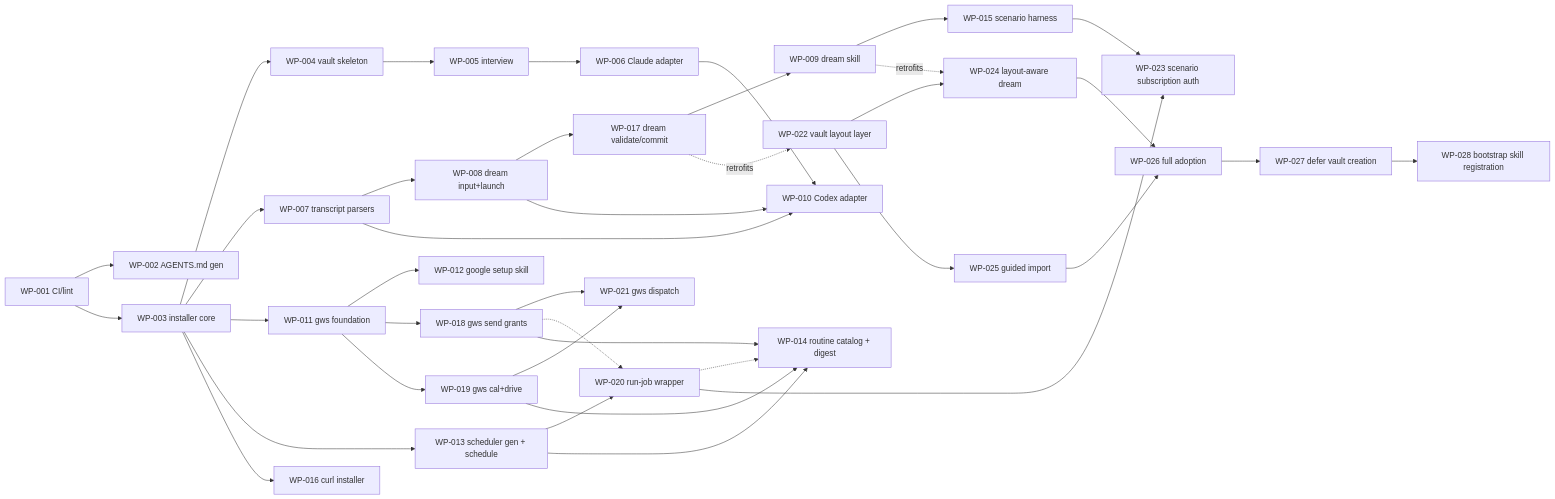
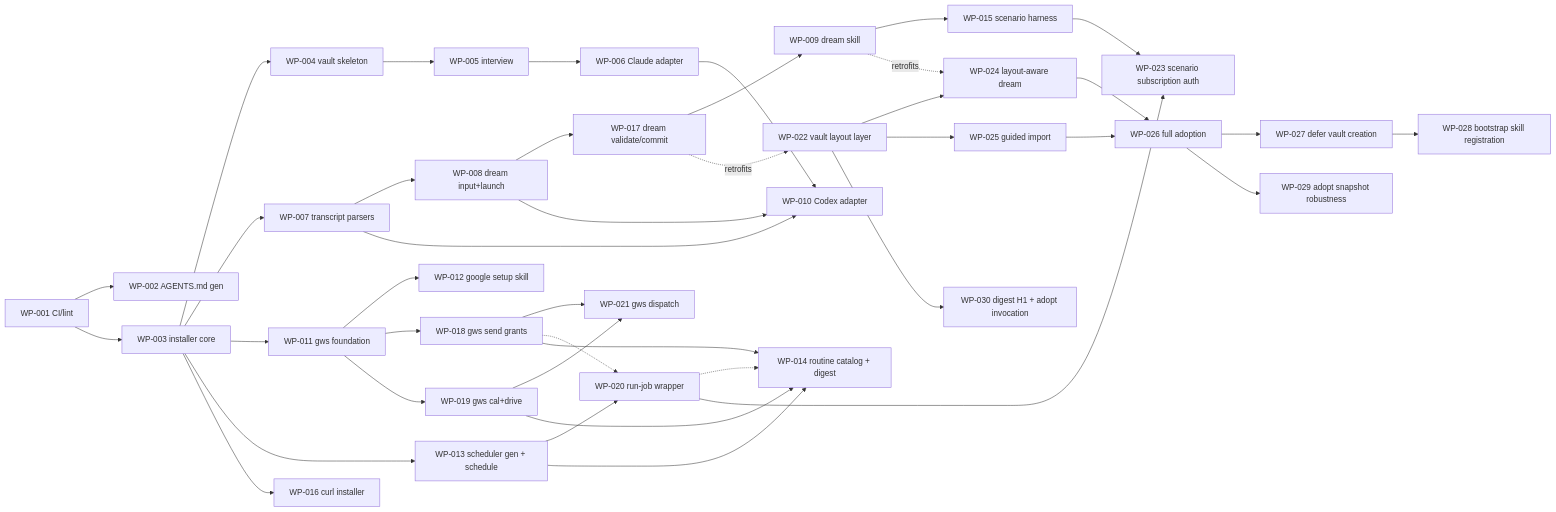
Before and after one commit to wienerdog-ai/wienerdog: the diagram in docs/specs/ROADMAP.md, drawn with Mermaid. The commit also changed other lines of this file and 2 other files, not shown here.

Commit message:
docs(specs): WP-029 adopt snapshot robustness + WP-030 digest H1/invocation wording — Ready
Speccing the five live-adoption friction points from the maintainer's vault
log: surfaced git stderr w/ signal hints, stale index.lock healing, default
vault .gitignore offer, no-HEAD self-healing snapshot; leading-H1 compaction
+ both invocation forms in the setup skill. Golden analysis: none change.

Claude-Session: https://claude.ai/code/session_014EA5BsHCfHRViJFXdovC86

````diff
--- a/docs/specs/ROADMAP.md
+++ b/docs/specs/ROADMAP.md
@@ -53,40 +55,42 @@
 ```mermaid
 graph LR
   WP001[WP-001 CI/lint] --> WP002[WP-002 AGENTS.md gen]
   WP001 --> WP003[WP-003 installer core]
   WP003 --> WP004[WP-004 vault skeleton]
   WP004 --> WP005[WP-005 interview]
   WP005 --> WP006[WP-006 Claude adapter]
   WP003 --> WP007[WP-007 transcript parsers]
   WP007 --> WP008[WP-008 dream input+launch]
   WP008 --> WP017[WP-017 dream validate/commit]
   WP017 --> WP009[WP-009 dream skill]
   WP006 --> WP010[WP-010 Codex adapter]
   WP007 --> WP010
   WP008 --> WP010
   WP003 --> WP011[WP-011 gws foundation]
   WP011 --> WP012[WP-012 google setup skill]
   WP011 --> WP018[WP-018 gws send grants]
   WP011 --> WP019[WP-019 gws cal+drive]
   WP003 --> WP013[WP-013 scheduler gen + schedule]
   WP018 --> WP021[WP-021 gws dispatch]
   WP019 --> WP021
   WP013 --> WP020[WP-020 run-job wrapper]
   WP018 -.-> WP020
   WP018 --> WP014[WP-014 routine catalog + digest]
   WP019 --> WP014
   WP013 --> WP014
   WP020 -.-> WP014
   WP009 --> WP015[WP-015 scenario harness]
   WP003 --> WP016[WP-016 curl installer]
   WP015 --> WP023[WP-023 scenario subscription auth]
   WP020 --> WP023
   WP017 -.retrofits.-> WP022[WP-022 vault layout layer]
   WP009 -.retrofits.-> WP024[WP-024 layout-aware dream]
   WP022 --> WP024
   WP022 --> WP025[WP-025 guided import]
   WP024 --> WP026[WP-026 full adoption]
   WP025 --> WP026
   WP026 --> WP027[WP-027 defer vault creation]
   WP027 --> WP028[WP-028 bootstrap skill registration]
+  WP026 --> WP029[WP-029 adopt snapshot robustness]
+  WP022 --> WP030[WP-030 digest H1 + adopt invocation]
 ```
````
